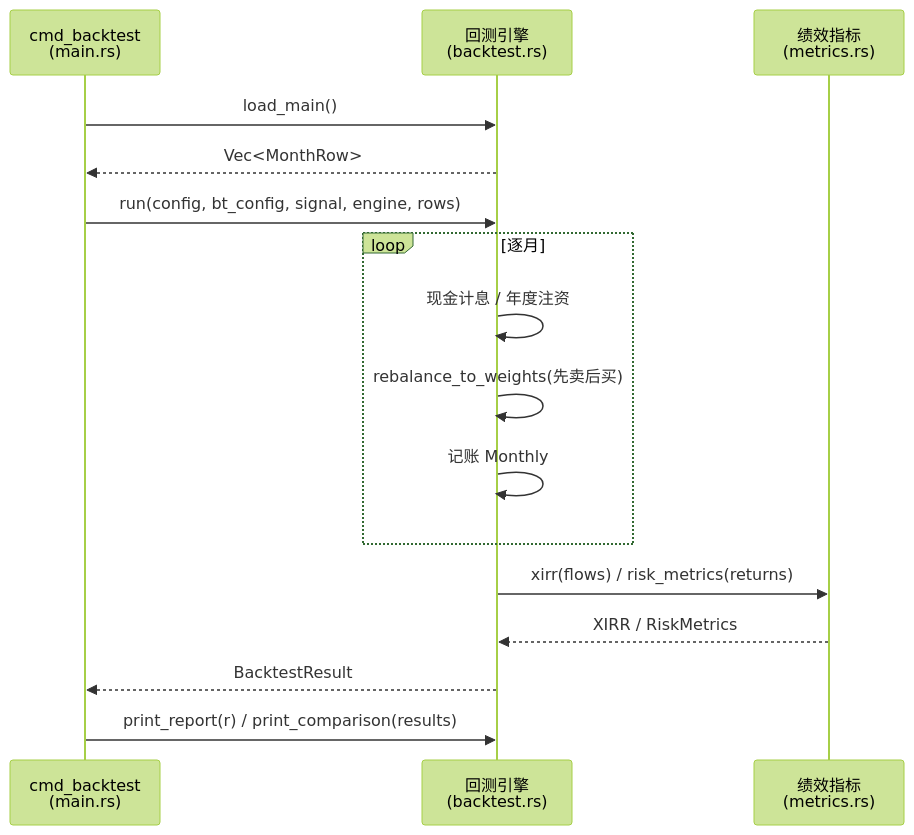
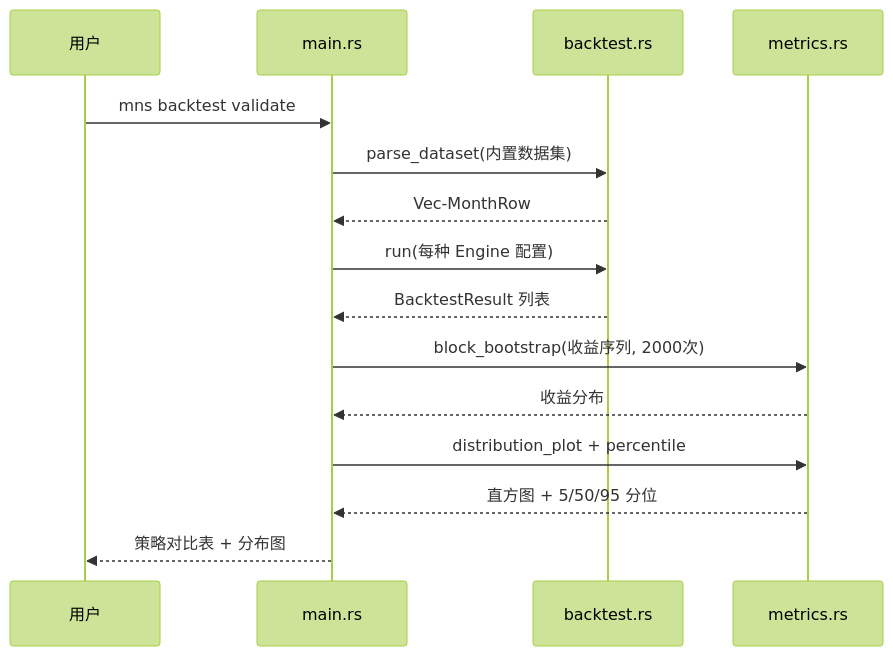
One commit to sopaco/money-never-sleep changed the ninth of 9 diagrams in .terrain/human/3.工作流.md. Above: the diagram before and after it, drawn with Mermaid (forest theme). The commit also changed other lines of this file and 59 other files, not shown here.

````diff
--- a/.terrain/human/3.工作流.md
+++ b/.terrain/human/3.工作流.md
@@ -85,19 +214,18 @@
 ```mermaid
 sequenceDiagram
-    participant M as cmd_backtest<br/>(main.rs)
-    participant B as 回测引擎<br/>(backtest.rs)
-    participant MT as 绩效指标<br/>(metrics.rs)
+    participant U as 用户
+    participant M as main.rs
+    participant B as backtest.rs
+    participant MET as metrics.rs
 
-    M->>B: load_main()
-    B-->>M: Vec<MonthRow>
-    M->>B: run(config, bt_config, signal, engine, rows)
-    loop 逐月
-        B->>B: 现金计息 / 年度注资
-        B->>B: rebalance_to_weights(先卖后买)
-        B->>B: 记账 Monthly
-    end
-    B->>MT: xirr(flows) / risk_metrics(returns)
-    MT-->>B: XIRR / RiskMetrics
-    B-->>M: BacktestResult
-    M->>B: print_report(r) / print_comparison(results)
+    U->>M: mns backtest validate
+    M->>B: parse_dataset(内置数据集)
+    B-->>M: Vec-MonthRow
+    M->>B: run(每种 Engine 配置)
+    B-->>M: BacktestResult 列表
+    M->>MET: block_bootstrap(收益序列, 2000次)
+    MET-->>M: 收益分布
+    M->>MET: distribution_plot + percentile
+    MET-->>M: 直方图 + 5/50/95 分位
+    M-->>U: 策略对比表 + 分布图
 ```
````
